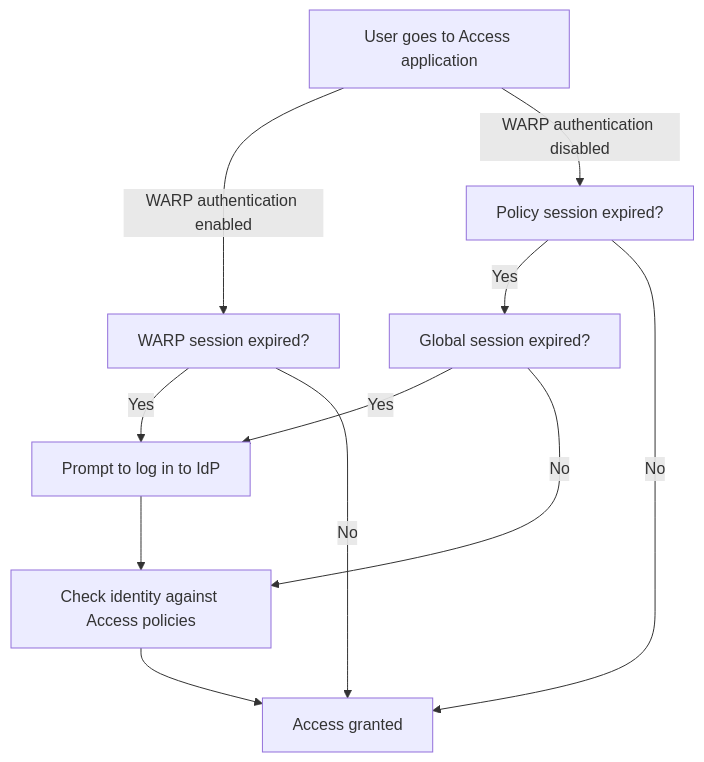
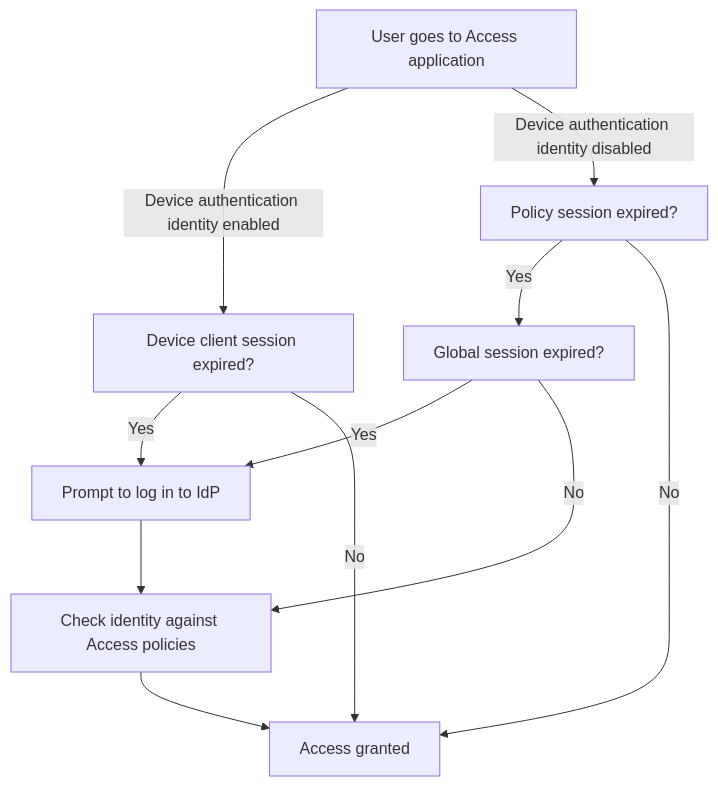
The diagram in src/content/docs/cloudflare-one/access-controls/access-settings/session-management.mdx (rdhanarot/cloudflare-docs), drawn with Mermaid before and after one commit. The commit also changed other lines of this file and 41 other files, not shown here.

````diff
--- a/src/content/docs/cloudflare-one/access-controls/access-settings/session-management.mdx
+++ b/src/content/docs/cloudflare-one/access-controls/access-settings/session-management.mdx
@@ -93,24 +93,24 @@
 ```mermaid
 flowchart TB
     %% Accessibility
     accTitle: Access session durations
     accDescr: Flowchart describing the order of enforcement for Access sessions
 
     %% In with user traffic
     start["User goes to Access application"]
-    start--"WARP authentication enabled" -->warpsession[WARP session expired?]
-    start-- "WARP authentication disabled" --> policysession[Policy session expired?]
+    start--"Device authentication identity enabled" -->warpsession[Device client session expired?]
+    start-- "Device authentication identity disabled" --> policysession[Policy session expired?]
 
 		warpsession--"Yes"-->idp[Prompt to log in to IdP]
 		warpsession--"No"-->accessgranted[Access granted]
 
 		policysession--"Yes"-->globalsession[Global session expired?]
 		policysession--"No"-->accessgranted
 
 		globalsession--"Yes"-->idp
 		globalsession--"No"-->refreshtoken[Check identity against Access policies]
 		refreshtoken-->accessgranted
 		idp-->refreshtoken
 
 
 ```
````
